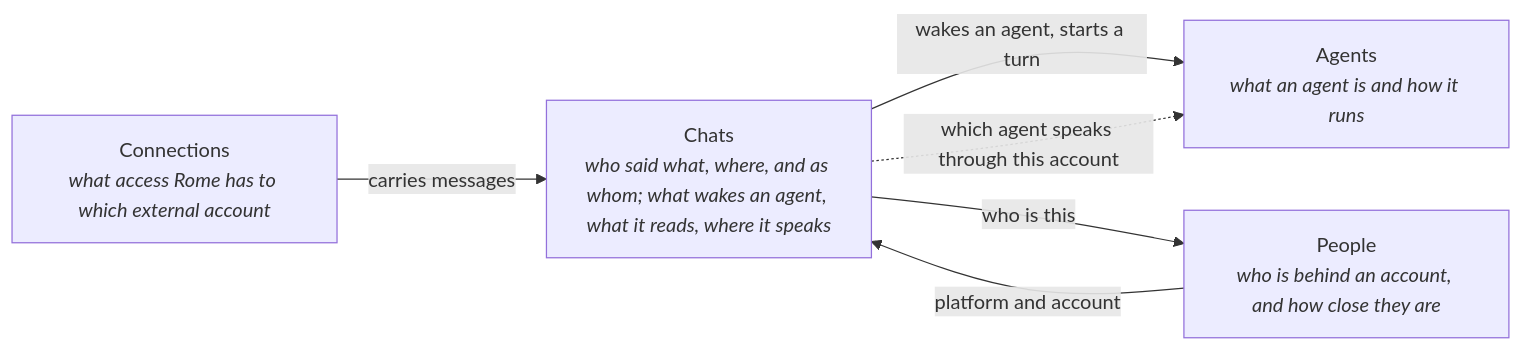
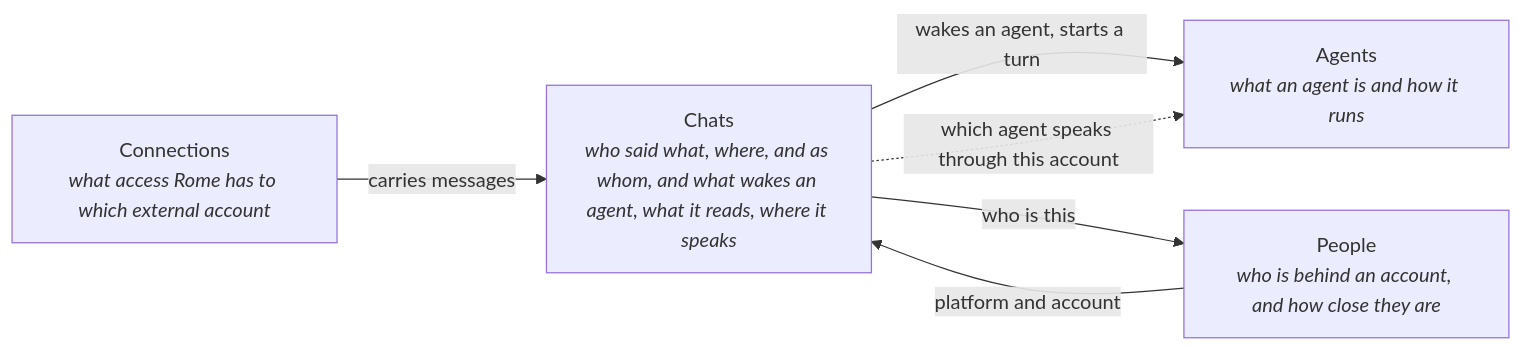
The diagram in docs/domains/README.md (rome-os/rome), drawn with Mermaid before and after one commit. The commit also changed other lines of this file, not shown here.

````diff
--- a/docs/domains/README.md
+++ b/docs/domains/README.md
@@ -20,12 +20,12 @@
 ```mermaid
 flowchart LR
     Connections["Connections<br/><i>what access Rome has to which external account</i>"]
-    Chats["Chats<br/><i>who said what, where, and as whom; what wakes an agent, what it reads, where it speaks</i>"]
+    Chats["Chats<br/><i>who said what, where, and as whom, and what wakes an agent, what it reads, where it speaks</i>"]
     Agents["Agents<br/><i>what an agent is and how it runs</i>"]
     People["People<br/><i>who is behind an account, and how close they are</i>"]
     Connections -- carries messages --> Chats
     Chats -- wakes an agent, starts a turn --> Agents
     Chats -. which agent speaks through this account .-> Agents
     People -- platform and account --> Chats
     Chats -- who is this --> People
 ```
````
